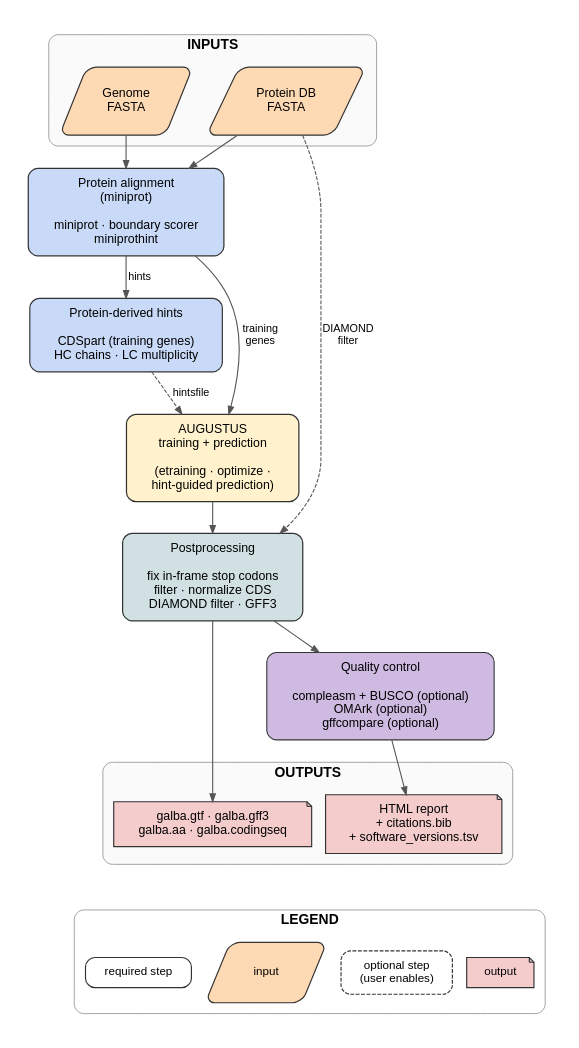
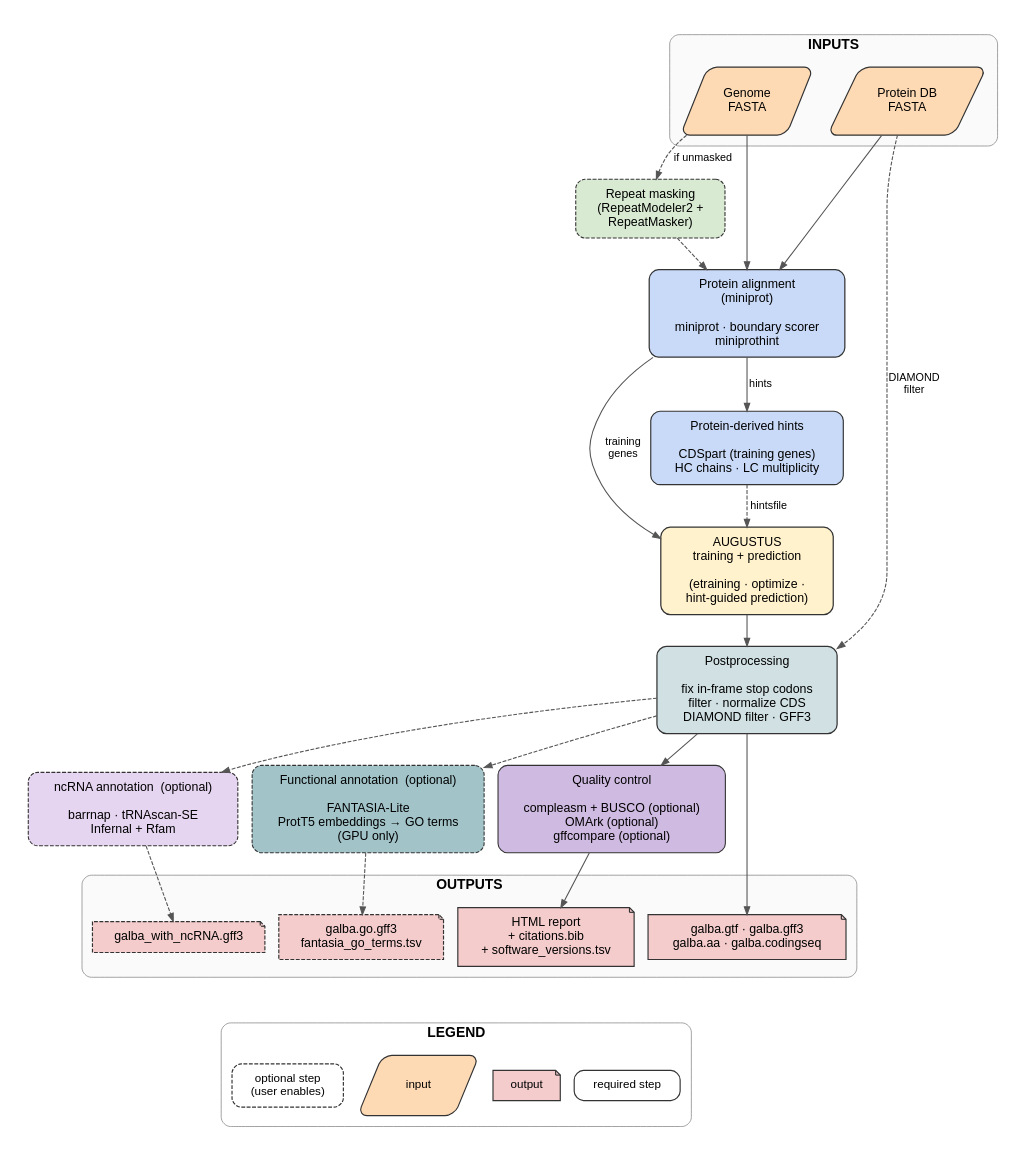
Before and after one commit to Gaius-Augustus/GALBA2: the diagram in img/pipeline_overview.dot, drawn with Graphviz. The commit also changed 15 other files, not shown here.

```diff
--- a/img/pipeline_overview.dot
+++ b/img/pipeline_overview.dot
@@ -62,6 +62,16 @@
     }
 
     /* =====================================================
+     *  PREPROCESSING (optional repeat masking)
+     * ===================================================== */
+    masking [
+        label    = "Repeat masking\n(RepeatModeler2 +\nRepeatMasker)",
+        fillcolor = "#d9ead3",
+        style     = "filled,rounded,dashed",
+        penwidth  = 1.4
+    ];
+
+    /* =====================================================
      *  PROTEIN ALIGNMENT  (miniprot)
      * ===================================================== */
     miniprot [
@@ -106,6 +116,26 @@
     ];
 
     /* =====================================================
+     *  NON-CODING RNA  (optional, single box)
+     * ===================================================== */
+    ncrna [
+        label    = "ncRNA annotation  (optional)\n\nbarrnap · tRNAscan-SE\nInfernal + Rfam",
+        fillcolor = "#e6d5f0",
+        style     = "filled,rounded,dashed",
+        penwidth  = 1.4
+    ];
+
+    /* =====================================================
+     *  FUNCTIONAL ANNOTATION  (optional, GPU-only)
+     * ===================================================== */
+    fantasia [
+        label    = "Functional annotation  (optional)\n\nFANTASIA-Lite\nProtT5 embeddings → GO terms\n(GPU only)",
+        fillcolor = "#a2c4c9",
+        style     = "filled,rounded,dashed",
+        penwidth  = 1.4
+    ];
+
+    /* =====================================================
      *  QUALITY CONTROL
      * ===================================================== */
     qc [
@@ -130,19 +160,27 @@
 
         node [shape = note, fillcolor = "#f4cccc"];
 
-        out_genes  [label = "galba.gtf · galba.gff3\ngalba.aa · galba.codingseq",
-                    group = "spine"];
-        out_report [label = "HTML report\n+ citations.bib\n+ software_versions.tsv"];
+        out_genes    [label = "galba.gtf · galba.gff3\ngalba.aa · galba.codingseq",
+                      group = "spine"];
+        out_ncrna    [label = "galba_with_ncRNA.gff3",
+                      style = "filled,dashed"];
+        out_fantasia [label = "galba.go.gff3\nfantasia_go_terms.tsv",
+                      style = "filled,dashed"];
+        out_report   [label = "HTML report\n+ citations.bib\n+ software_versions.tsv"];
 
-        { rank = same; out_genes; out_report; }
+        { rank = same; out_genes; out_ncrna; out_fantasia; out_report; }
     }
 
     /* =====================================================
      *  EDGES
      * ===================================================== */
 
-    /* Inputs → miniprot */
+    /* Inputs → masking (optional) */
+    in_genome -> masking [style = "dashed", label = "if unmasked"];
+
+    /* Inputs / masking → miniprot */
     in_genome   -> miniprot [weight = 20];
+    masking     -> miniprot [style = "dashed"];
     in_proteins -> miniprot;
 
     /* miniprot → hints + training genes */
@@ -158,11 +196,19 @@
     /* Protein input → postprocessing (DIAMOND filter) */
     in_proteins -> postprocess [style = "dashed", label = "DIAMOND\nfilter"];
 
+    /* Postprocessing → ncRNA (optional) */
+    postprocess -> ncrna [style = "dashed"];
+
+    /* Postprocessing → FANTASIA (optional) */
+    postprocess -> fantasia [style = "dashed"];
+
     /* Postprocessing → QC */
     postprocess -> qc;
 
     /* Outputs */
-    postprocess -> out_genes [weight = 20];
+    postprocess -> out_genes    [weight = 20];
+    ncrna       -> out_ncrna    [style = "dashed"];
+    fantasia    -> out_fantasia [style = "dashed"];
     qc          -> out_report;
 
     /* =====================================================
@@ -190,6 +236,8 @@
     }
 
     /* Pin legend below outputs row */
-    out_genes  -> leg_req [style = invis, minlen = 2];
-    out_report -> leg_out [style = invis, minlen = 2];
+    out_genes    -> leg_req [style = invis, minlen = 2];
+    out_ncrna    -> leg_opt [style = invis, minlen = 2];
+    out_fantasia -> leg_in  [style = invis, minlen = 2];
+    out_report   -> leg_out [style = invis, minlen = 2];
 }
```
